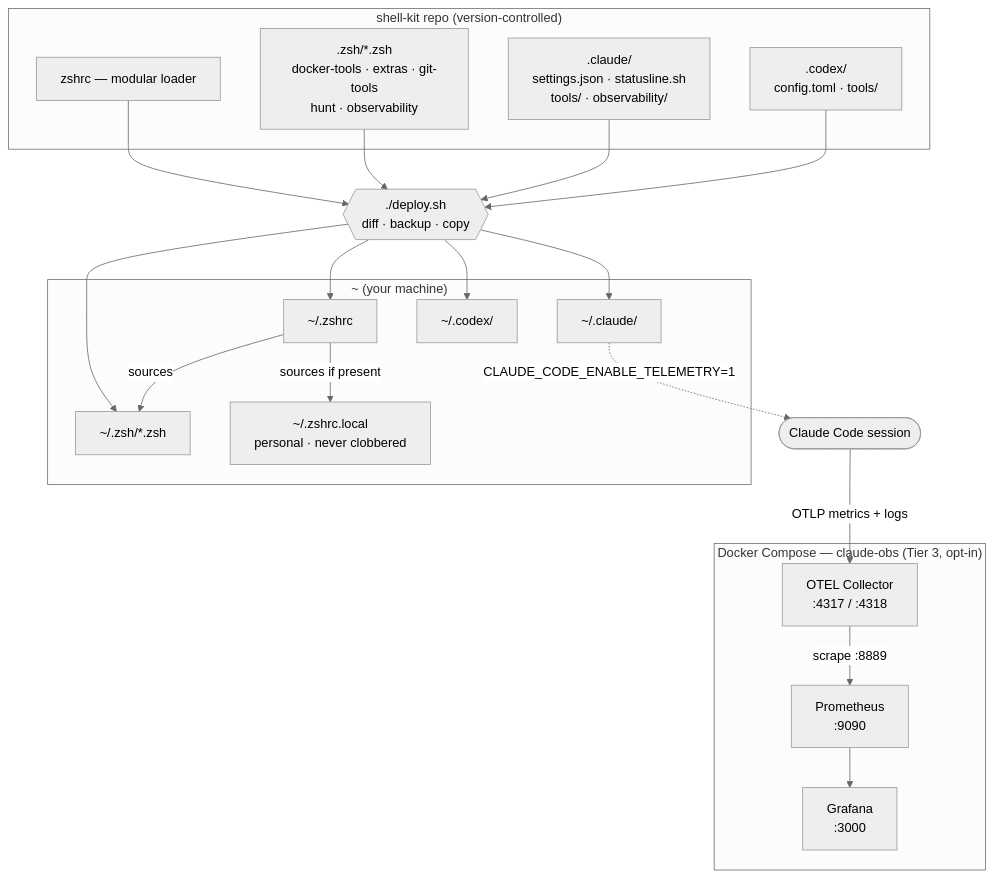
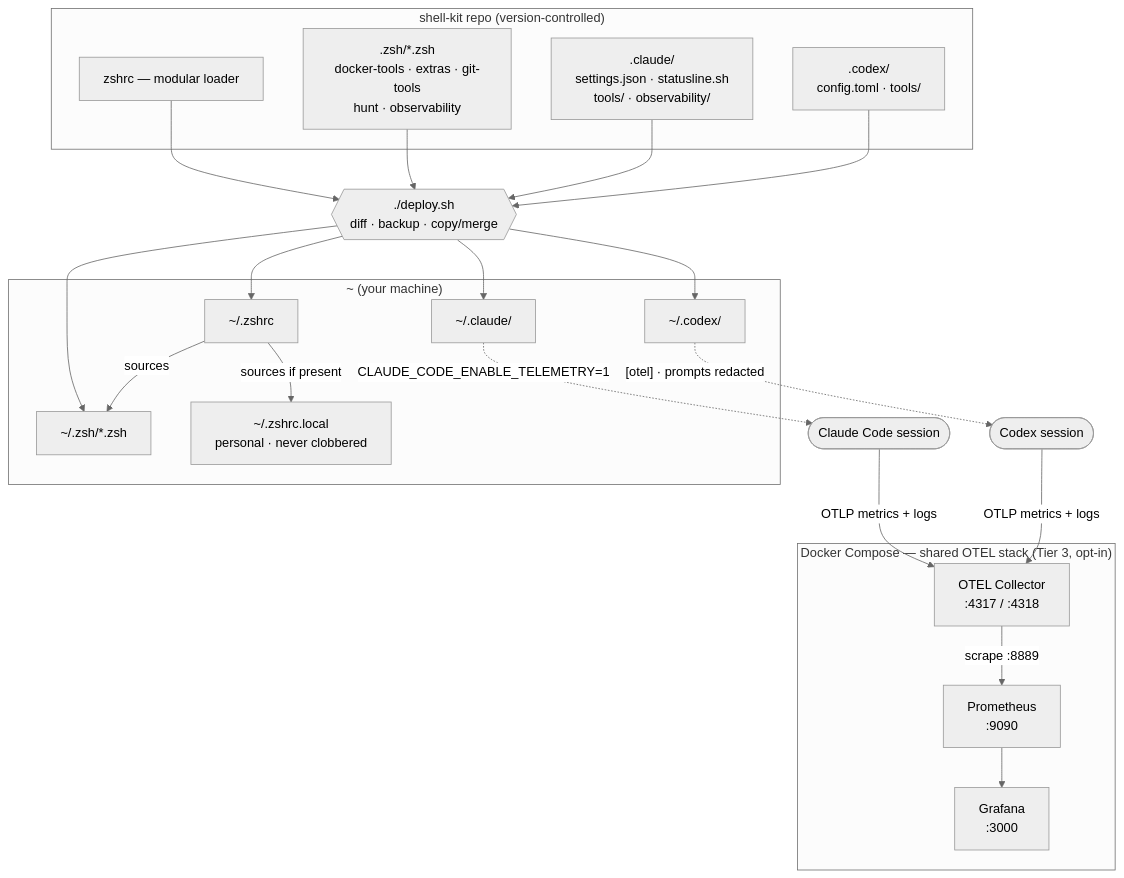
One commit to bikramgupta/shell-kit changed the diagram in README.md. Above: the diagram before and after it, drawn with Mermaid (neutral theme). The commit also changed other lines of this file and 18 other files, not shown here.

````diff
--- a/README.md
+++ b/README.md
@@ -19,39 +19,42 @@
 ```mermaid
 flowchart TB
     subgraph repo["shell-kit repo (version-controlled)"]
         Z["zshrc — modular loader"]
         M[".zsh/*.zsh<br/>docker-tools · extras · git-tools<br/>hunt · observability"]
         CC[".claude/<br/>settings.json · statusline.sh<br/>tools/ · observability/"]
         CX[".codex/<br/>config.toml · tools/"]
     end
 
-    D{{"./deploy.sh<br/>diff · backup · copy"}}
+    D{{"./deploy.sh<br/>diff · backup · copy/merge"}}
     Z --> D
     M --> D
     CC --> D
     CX --> D
 
     subgraph home["~ (your machine)"]
         HZ["~/.zshrc"]
         HM["~/.zsh/*.zsh"]
         HL["~/.zshrc.local<br/>personal · never clobbered"]
         HC["~/.claude/"]
         HX["~/.codex/"]
     end
 
     D --> HZ & HM & HC & HX
     HZ -->|sources| HM
     HZ -->|"sources if present"| HL
 
     CLAUDE(["Claude Code session"])
     HC -.->|"CLAUDE_CODE_ENABLE_TELEMETRY=1"| CLAUDE
+    CODEX(["Codex session"])
+    HX -.->|"[otel] · prompts redacted"| CODEX
 
-    subgraph obs["Docker Compose — claude-obs (Tier 3, opt-in)"]
+    subgraph obs["Docker Compose — shared OTEL stack (Tier 3, opt-in)"]
         COL["OTEL Collector<br/>:4317 / :4318"]
         PROM["Prometheus<br/>:9090"]
         GRAF["Grafana<br/>:3000"]
         COL -->|"scrape :8889"| PROM --> GRAF
     end
 
     CLAUDE -->|"OTLP metrics + logs"| COL
+    CODEX -->|"OTLP metrics + logs"| COL
 ```
````
